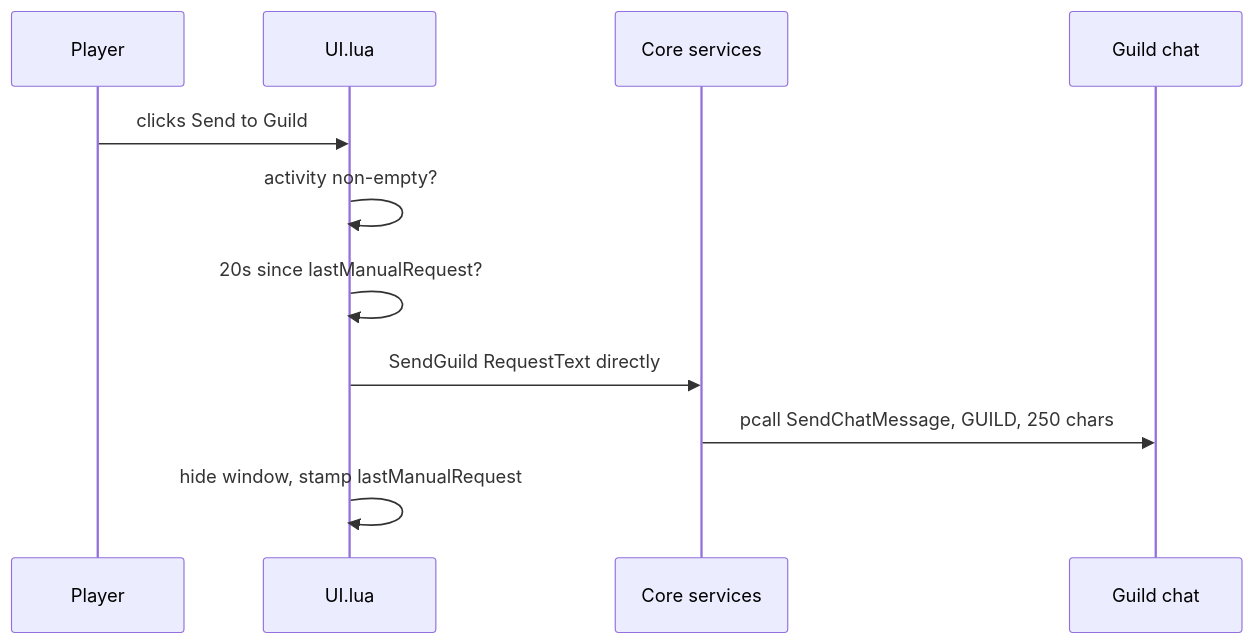
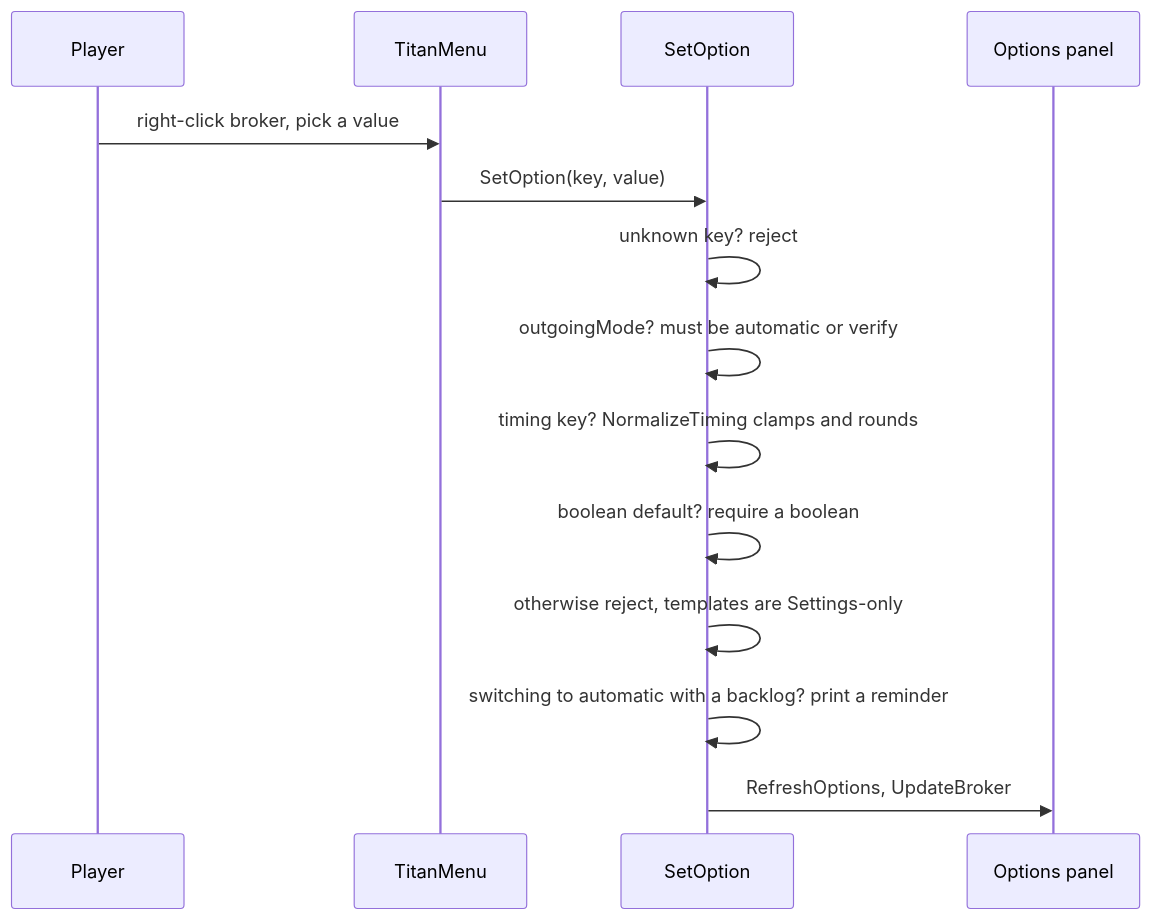
One commit to mreillyorg/ForeverGuildComms changed the fifth of 5 diagrams in aidlc-docs/inception/reverse-engineering/architecture.md. Above: the diagram before and after it, drawn with Mermaid. The commit also changed other lines of this file and 22 other files, not shown here.

````diff
--- a/aidlc-docs/inception/reverse-engineering/architecture.md
+++ b/aidlc-docs/inception/reverse-engineering/architecture.md
@@ -352,14 +343,17 @@
 ```mermaid
 sequenceDiagram
     participant P as Player
-    participant U as UI.lua
-    participant S as Core services
-    participant G as Guild chat
+    participant T as TitanMenu
+    participant S as SetOption
+    participant O as Options panel
 
-    P->>U: clicks Send to Guild
-    U->>U: activity non-empty?
-    U->>U: 20s since lastManualRequest?
-    U->>S: SendGuild RequestText directly
-    S->>G: pcall SendChatMessage, GUILD, 250 chars
-    U->>U: hide window, stamp lastManualRequest
+    P->>T: right-click broker, pick a value
+    T->>S: SetOption(key, value)
+    S->>S: unknown key? reject
+    S->>S: outgoingMode? must be automatic or verify
+    S->>S: timing key? NormalizeTiming clamps and rounds
+    S->>S: boolean default? require a boolean
+    S->>S: otherwise reject, templates are Settings-only
+    S->>S: switching to automatic with a backlog? print a reminder
+    S->>O: RefreshOptions, UpdateBroker
 ```
````
